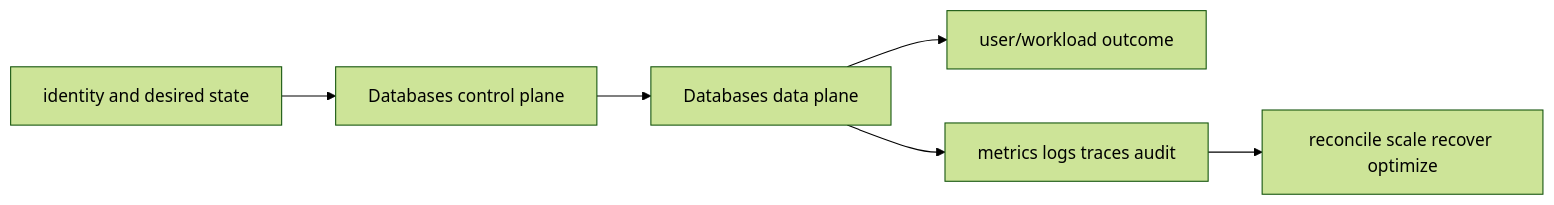
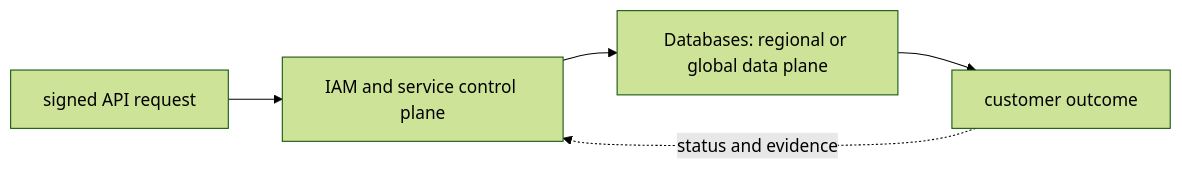
One commit to tomkidumbuyo/DevOps-interview-preparation changed the second of 2 diagrams in 07-aws/07-databases/README.md. Above: the diagram before and after it, drawn with Mermaid (forest theme). The commit also changed other lines of this file and 753 other files, not shown here.

````diff
--- a/07-aws/07-databases/README.md
+++ b/07-aws/07-databases/README.md
@@ -40,8 +51,7 @@
 ```mermaid
 flowchart LR
-  I[identity and desired state] --> C[Databases control plane]
-  C --> D[Databases data plane]
-  D --> U[user/workload outcome]
-  D --> O[metrics logs traces audit]
-  O --> R[reconcile scale recover optimize]
+  A["signed API request"] --> B["IAM and service control plane"]
+  B --> C["Databases: regional or global data plane"]
+  C --> D["customer outcome"]
+  D -. "status and evidence" .-> B
 ```
````
